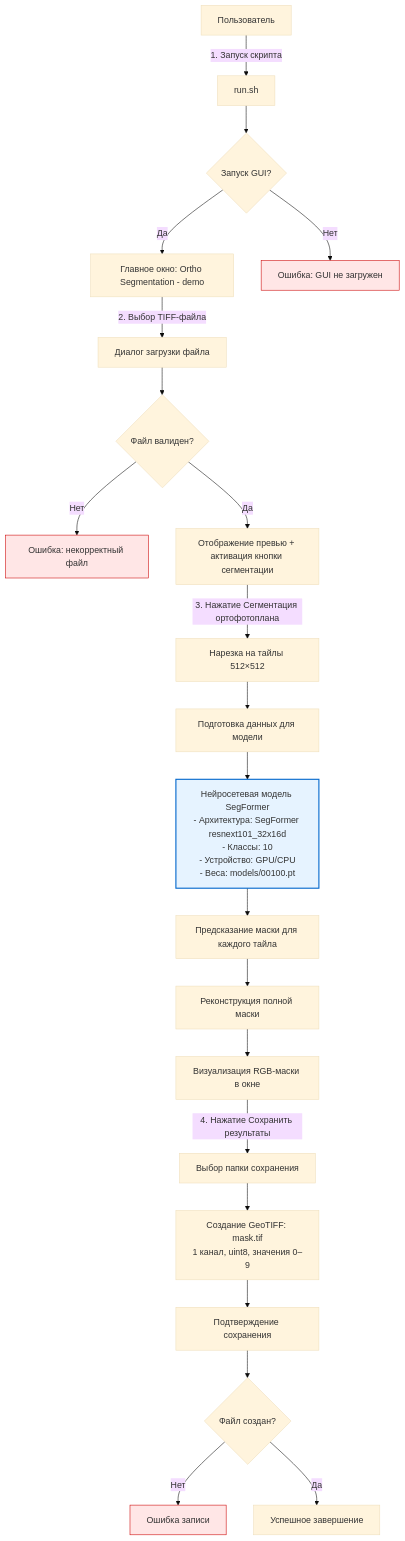
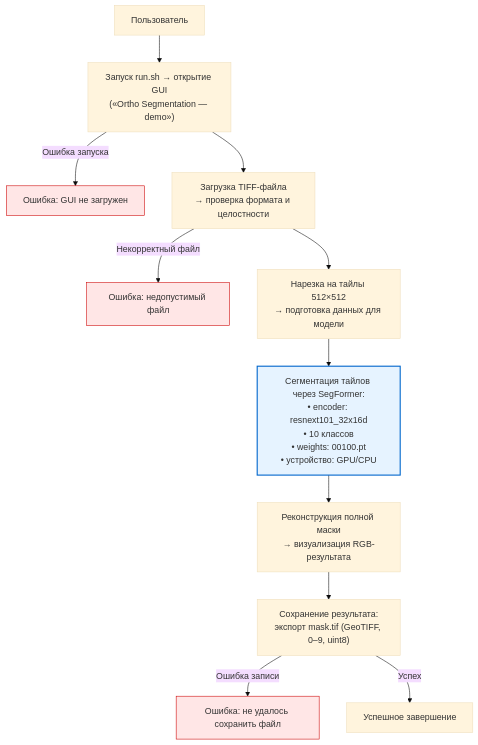
The second of 2 diagrams in README.md (MaxKolo57/AI_HI_TECH_TSU), drawn with Mermaid (base theme) before and after one commit. The commit also changed other lines of this file, not shown here.

````diff
--- a/README.md
+++ b/README.md
@@ -79,28 +78,22 @@
 ```mermaid
 flowchart TB
-    U["Пользователь"] -- "1. Запуск скрипта" --> A["run.sh"]
-    A --> B{"Запуск GUI?"}
-    B -- Да --> C["Главное окно: Ortho Segmentation - demo"]
-    B -- Нет --> Z["Ошибка: GUI не загружен"]
-    C -- "2. Выбор TIFF-файла" --> D["Диалог загрузки файла"]
-    D --> E{"Файл валиден?"}
-    E -- Нет --> Z1["Ошибка: некорректный файл"]
-    E -- Да --> F["Отображение превью + активация кнопки сегментации"]
-    F -- "3. Нажатие Сегментация ортофотоплана" --> G["Нарезка на тайлы 512×512"]
-    G --> H["Подготовка данных для модели"]
-    H --> I["Нейросетевая модель SegFormer\n- Архитектура: SegFormer resnext101_32x16d\n- Классы: 10\n- Устройство: GPU/CPU\n- Веса: models/00100.pt"]
-    I --> J["Предсказание маски для каждого тайла"]
-    J --> K["Реконструкция полной маски"]
-    K --> L["Визуализация RGB-маски в окне"]
-    L -- "4. Нажатие Сохранить результаты" --> M["Выбор папки сохранения"]
-    M --> N["Создание GeoTIFF: mask.tif\n1 канал, uint8, значения 0–9"]
-    N --> O["Подтверждение сохранения"]
-    O --> P{"Файл создан?"}
-    P -- Нет --> Z2["Ошибка записи"]
-    P -- Да --> Q["Успешное завершение"]
-     Z:::error
-     Z1:::error
-     Z2:::error
-    classDef error fill:#ffe6e6,stroke:#cc0000
-    style I fill:#e6f3ff,stroke:#0066cc,stroke-width:2px
+    U["Пользователь"] --> A["Запуск run.sh → открытие GUI\n(«Ortho Segmentation — demo»)"]
+    A -->|Ошибка запуска| Z["Ошибка: GUI не загружен"]
+
+    A --> B["Загрузка TIFF-файла\n→ проверка формата и целостности"]
+    B -->|Некорректный файл| Z1["Ошибка: недопустимый файл"]
+
+    B --> C["Нарезка на тайлы 512×512\n→ подготовка данных для модели"]
+    C --> D["Сегментация тайлов через SegFormer:\n• encoder: resnext101_32x16d\n• 10 классов\n• weights: 00100.pt\n• устройство: GPU/CPU"]
+    D --> E["Реконструкция полной маски\n→ визуализация RGB-результата"]
+    E --> F["Сохранение результата:\nэкспорт mask.tif (GeoTIFF, 0–9, uint8)"]
+    F -->|Ошибка записи| Z2["Ошибка: не удалось сохранить файл"]
+    F -->|Успех| Q["Успешное завершение"]
+
+    Z:::error
+    Z1:::error
+    Z2:::error
+
+    classDef error fill:#ffe6e6,stroke:#cc0000;
+    style D fill:#e6f3ff,stroke:#0066cc,stroke-width:2px
 ```
````
